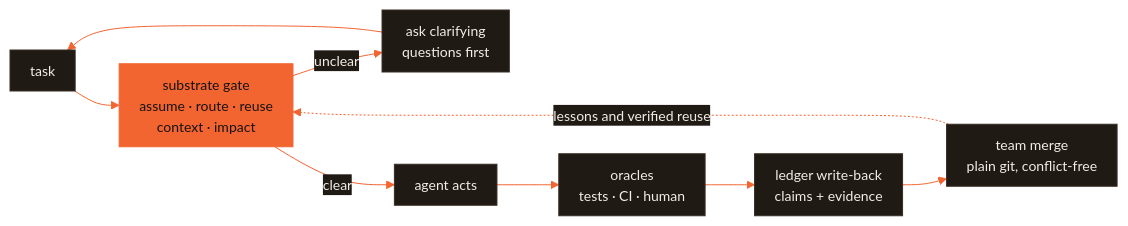
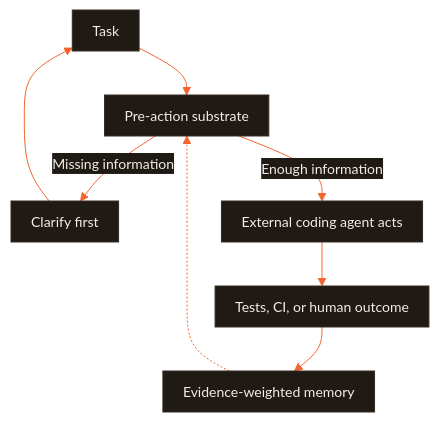
One commit to CodeWithJuber/forgekit changed the diagram in README.md. Above: the diagram before and after it, drawn with Mermaid. The commit also changed other lines of this file and 4 other files, not shown here.

````diff
--- a/README.md
+++ b/README.md
@@ -89,14 +118,11 @@
 ```mermaid
 %%{init: {'theme':'base','themeVariables':{'primaryColor':'#201a15','primaryTextColor':'#f2ede7','primaryBorderColor':'#372c22','lineColor':'#f26430','secondaryColor':'#272019','tertiaryColor':'#171310','edgeLabelBackground':'#201a15','clusterBkg':'#171310','clusterBorder':'#4a3b2e','fontFamily':'ui-sans-serif, system-ui, sans-serif','fontSize':'14px'},'flowchart':{'curve':'basis','padding':10,'nodeSpacing':36,'rankSpacing':44}}}%%
-flowchart LR
-    T["task"] --> G["substrate gate<br/>assume · route · reuse<br/>context · impact"]
-    G -->|unclear| Q["ask clarifying<br/>questions first"]
+flowchart TD
+    T["Task"] --> G["Pre-action substrate"]
+    G -->|"Missing information"| Q["Clarify first"]
     Q --> T
-    G -->|clear| A["agent acts"]
-    A --> O["oracles<br/>tests · CI · human"]
-    O --> L["ledger write-back<br/>claims + evidence"]
-    L --> M["team merge<br/>plain git, conflict-free"]
-    M -.->|lessons and verified reuse| G
-    classDef accent fill:#f26430,stroke:#f26430,color:#171310;
-    class G accent;
+    G -->|"Enough information"| A["External coding agent acts"]
+    A --> V["Tests, CI, or human outcome"]
+    V --> M["Evidence-weighted memory"]
+    M -.-> G
 ```
````
